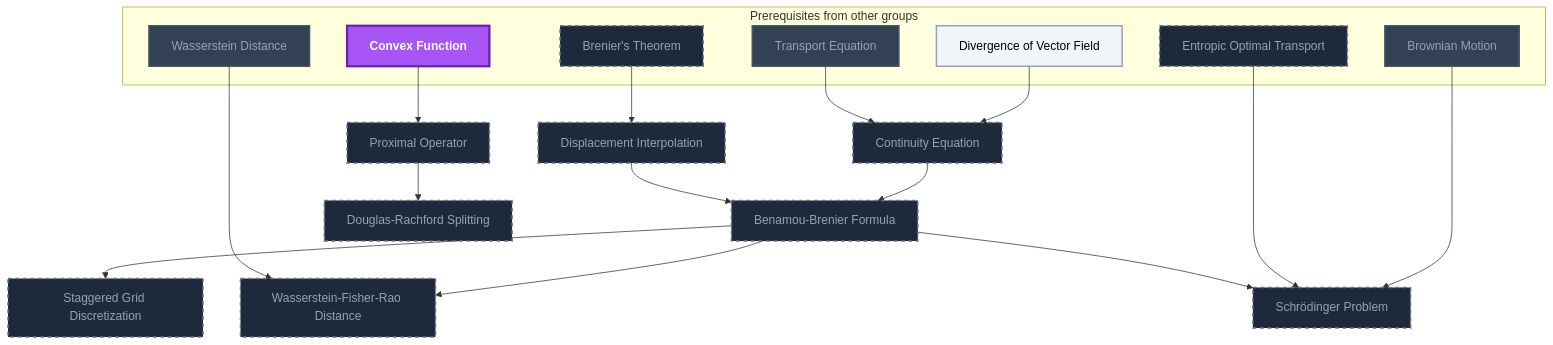
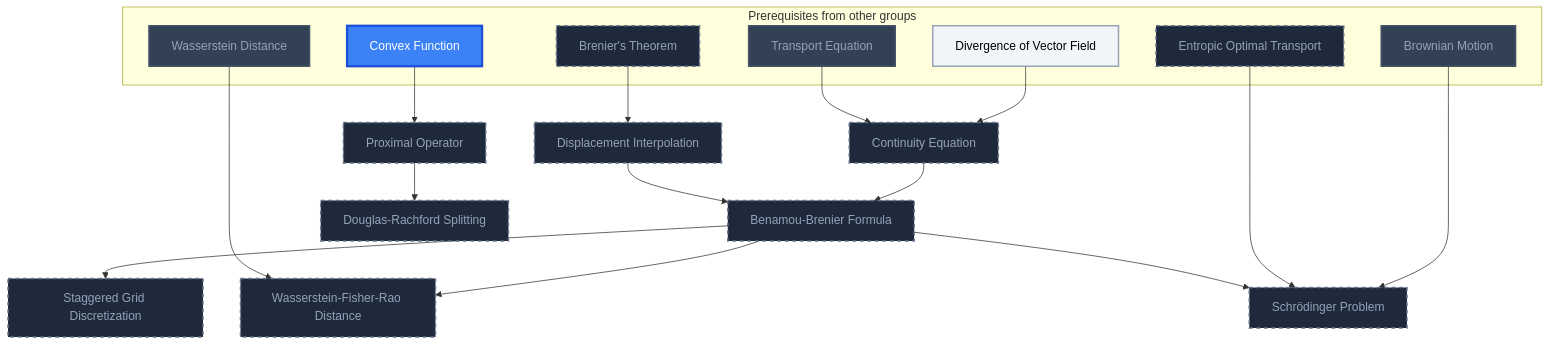
The sixth of 9 diagrams in Gamification/Skill Trees/Optimal Transport.md (MRauf1/My-Notes), drawn with Mermaid before and after one commit. The commit also changed other lines of this file and 73 other files, not shown here.

````diff
--- a/Gamification/Skill Trees/Optimal Transport.md
+++ b/Gamification/Skill Trees/Optimal Transport.md
@@ -278,47 +277,47 @@
 ```mermaid
 flowchart TD
     classDef planned fill:#1E293B,stroke:#64748B,stroke-width:2px,stroke-dasharray:5 5,color:#94A3B8;
     classDef locked fill:#334155,stroke:#475569,stroke-width:2px,color:#94A3B8;
     classDef L0 fill:#F1F5F9,stroke:#94A3B8,stroke-width:2px,color:#000000;
     classDef L1 fill:#22C55E,stroke:#15803D,stroke-width:2px,color:#000000;
     classDef L2 fill:#3B82F6,stroke:#1D4ED8,stroke-width:3px,color:#FFFFFF;
     classDef L3 fill:#A855F7,stroke:#6B21A8,stroke-width:3px,color:#FFFFFF,font-weight:bold;
     classDef L4 fill:#F97316,stroke:#C2410C,stroke-width:4px,color:#000000,font-weight:bold;
     classDef L5 fill:#FFD700,stroke:#FF8C00,stroke-width:5px,color:#000000,font-weight:bold;
     classDef rusty stroke:#8B4513,stroke-width:4px,stroke-dasharray:3 3;
     subgraph sg_prereqs["Prerequisites from other groups"]
         n_divergence_of_vector_field["Divergence of Vector Field"]
         n_transport_equation["Transport Equation"]
         n_brenier_s_theorem["Brenier's Theorem"]
         n_convex_function["Convex Function"]
         n_brownian_motion["Brownian Motion"]
         n_entropic_optimal_transport["Entropic Optimal Transport"]
         n_wasserstein_distance["Wasserstein Distance"]
     end
     n_continuity_equation["Continuity Equation"]
     n_displacement_interpolation["Displacement Interpolation"]
     n_benamou_brenier_formula["Benamou-Brenier Formula"]
     n_staggered_grid_discretization["Staggered Grid Discretization"]
     n_proximal_operator["Proximal Operator"]
     n_douglas_rachford_splitting["Douglas-Rachford Splitting"]
     n_wasserstein_fisher_rao_distance["Wasserstein-Fisher-Rao Distance"]
     n_schr_dinger_problem["Schrödinger Problem"]
     n_divergence_of_vector_field --> n_continuity_equation
     n_transport_equation --> n_continuity_equation
     n_brenier_s_theorem --> n_displacement_interpolation
     n_continuity_equation --> n_benamou_brenier_formula
     n_displacement_interpolation --> n_benamou_brenier_formula
     n_benamou_brenier_formula --> n_staggered_grid_discretization
     n_convex_function --> n_proximal_operator
     n_proximal_operator --> n_douglas_rachford_splitting
     n_benamou_brenier_formula --> n_wasserstein_fisher_rao_distance
     n_brownian_motion --> n_schr_dinger_problem
     n_entropic_optimal_transport --> n_schr_dinger_problem
     n_benamou_brenier_formula --> n_schr_dinger_problem
     n_wasserstein_distance --> n_wasserstein_fisher_rao_distance
     class n_brenier_s_theorem,n_entropic_optimal_transport,n_continuity_equation,n_displacement_interpolation,n_benamou_brenier_formula,n_staggered_grid_discretization,n_proximal_operator,n_douglas_rachford_splitting,n_wasserstein_fisher_rao_distance,n_schr_dinger_problem planned;
     class n_transport_equation,n_brownian_motion,n_wasserstein_distance locked;
     class n_divergence_of_vector_field L0;
-    class n_convex_function L3;
+    class n_convex_function L2;
     class n_divergence_of_vector_field,n_transport_equation,n_convex_function,n_brownian_motion,n_wasserstein_distance internal-link;
 ```
````
